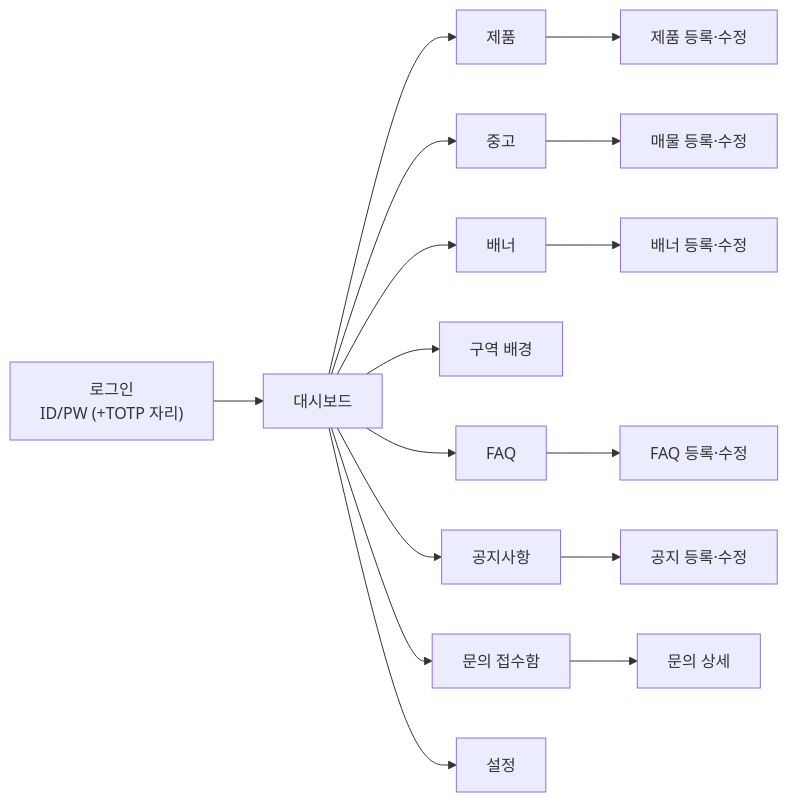
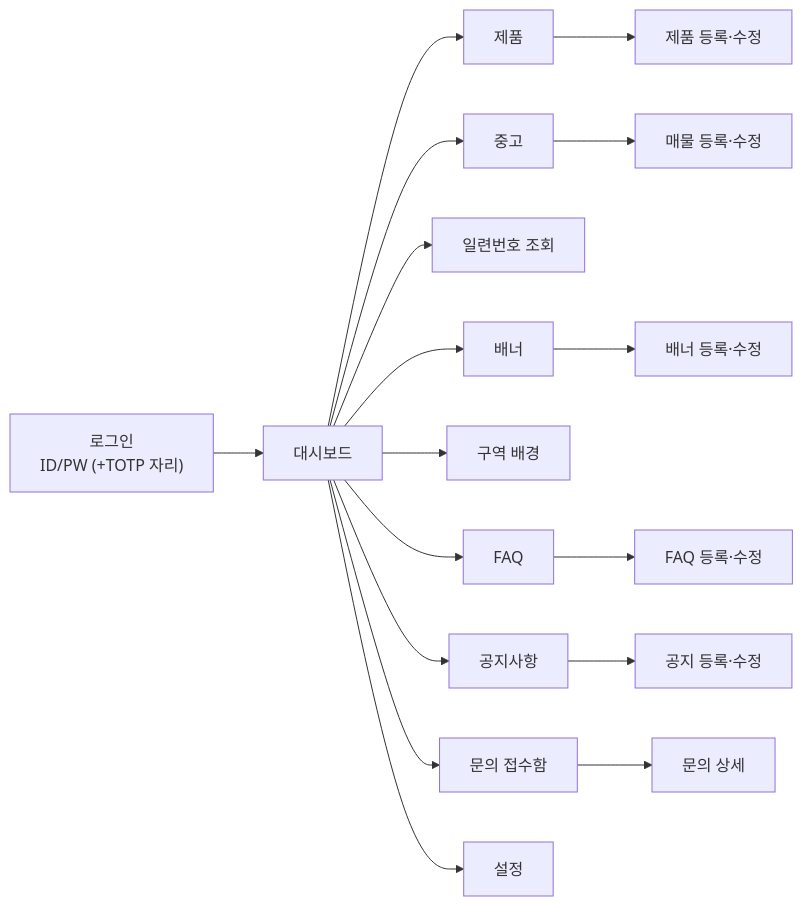
The third of 3 diagrams in docs/04-screens.md (gymleco/.github), drawn with Mermaid before and after one commit. The commit also changed other lines of this file and 1 other file, not shown here.

````diff
--- a/docs/04-screens.md
+++ b/docs/04-screens.md
@@ -590,12 +639,13 @@
 ```mermaid
 flowchart LR
     L["로그인<br/>ID/PW (+TOTP 자리)"] --> D["대시보드"]
     D --> P["제품"] --> PF["제품 등록·수정"]
     D --> U["중고"] --> UF["매물 등록·수정"]
+    D --> M["일련번호 조회"]
     D --> B["배너"] --> BF["배너 등록·수정"]
     D --> S["구역 배경"]
     D --> F["FAQ"] --> FF["FAQ 등록·수정"]
     D --> N["공지사항"] --> NF["공지 등록·수정"]
     D --> I["문의 접수함"] --> ID["문의 상세"]
     D --> ST["설정"]
 ```
````
